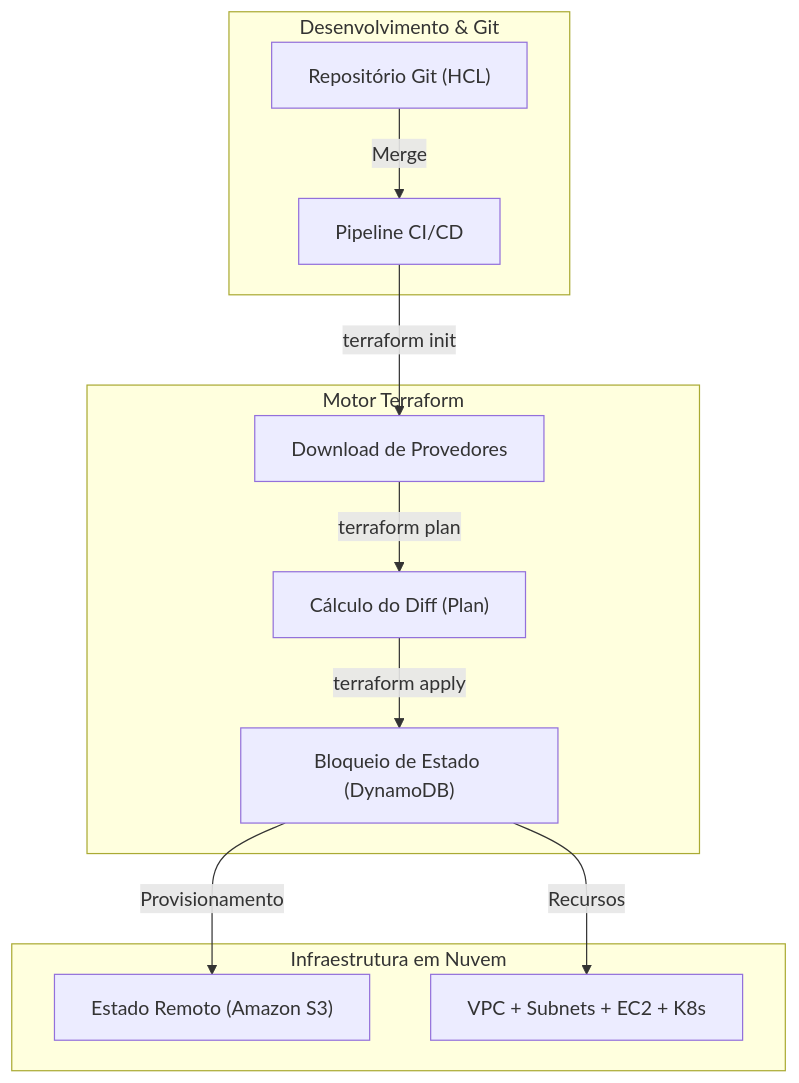
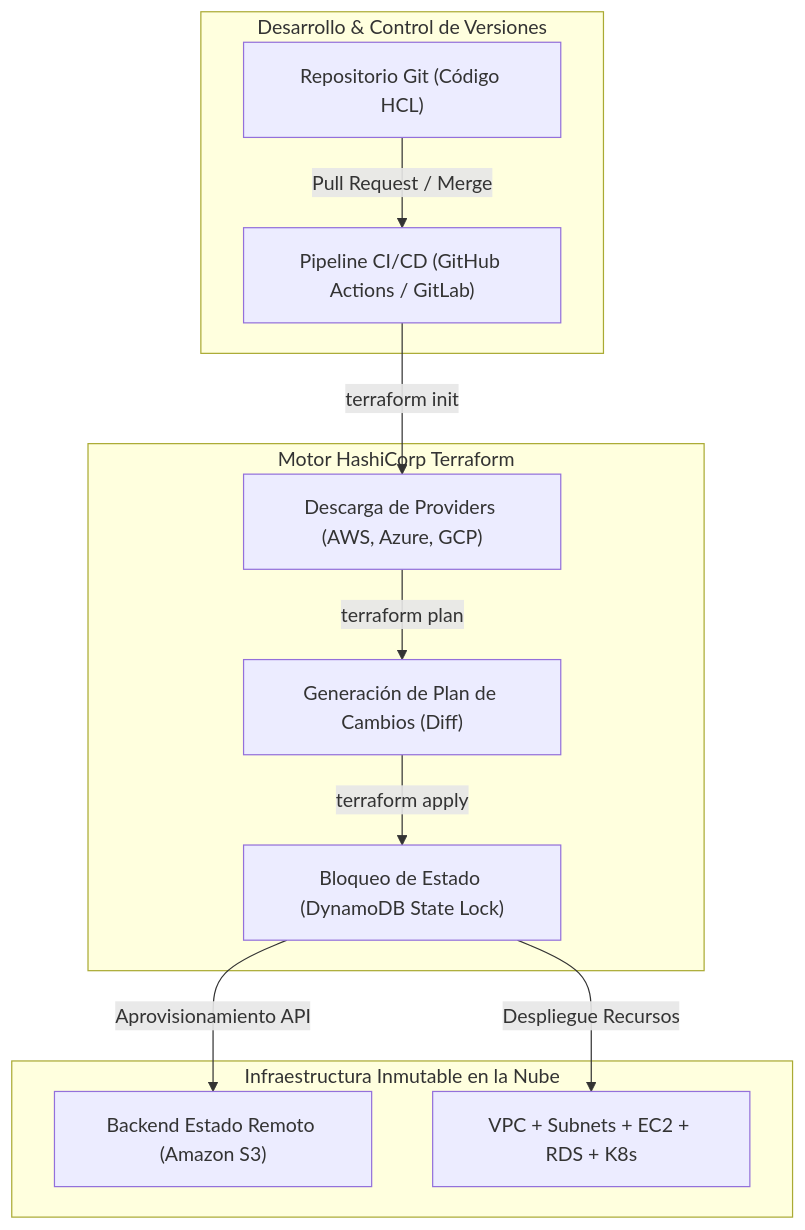
Before and after one commit to gjpierp/nmergeia: the diagram in public/docs/pt/tema_04_iac_terraform.md, drawn with Mermaid. The commit also changed other lines of this file and 230 other files, not shown here.

````diff
--- a/public/docs/pt/tema_04_iac_terraform.md
+++ b/public/docs/pt/tema_04_iac_terraform.md
@@ -9,17 +11,17 @@
 ```mermaid
 flowchart TD
-subgraph sub_1 ["Desenvolvimento & Git"]
-Git["Repositório Git (HCL)"] -->|Merge| CI["Pipeline CI/CD"]
+subgraph sub_1 ["Desarrollo & Control de Versiones"]
+Git["Repositorio Git (Código HCL)"] -->|Pull Request / Merge| CI["Pipeline CI/CD (GitHub Actions / GitLab)"]
 end
 
-subgraph sub_2 ["Motor Terraform"]
-CI -->|terraform init| Init["Download de Provedores"]
-Init -->|terraform plan| Plan["Cálculo do Diff (Plan)"]
-Plan -->|terraform apply| Lock["Bloqueio de Estado (DynamoDB)"]
+subgraph sub_2 ["Motor HashiCorp Terraform"]
+CI -->|terraform init| Init["Descarga de Providers (AWS, Azure, GCP)"]
+Init -->|terraform plan| Plan["Generación de Plan de Cambios (Diff)"]
+Plan -->|terraform apply| Lock["Bloqueo de Estado (DynamoDB State Lock)"]
 end
 
-subgraph sub_3 ["Infraestrutura em Nuvem"]
-Lock -->|Provisionamento| S3["Estado Remoto (Amazon S3)"]
-Lock -->|Recursos| Infra["VPC + Subnets + EC2 + K8s"]
+subgraph sub_3 ["Infraestructura Inmutable en la Nube"]
+Lock -->|Aprovisionamiento API| S3["Backend Estado Remoto (Amazon S3)"]
+Lock -->|Despliegue Recursos| Infra["VPC + Subnets + EC2 + RDS + K8s"]
 end
 ```
````
